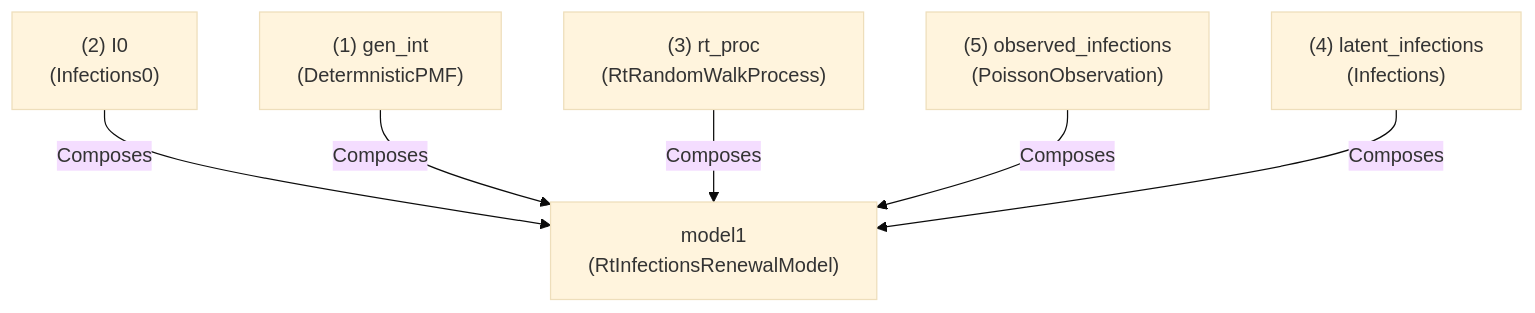
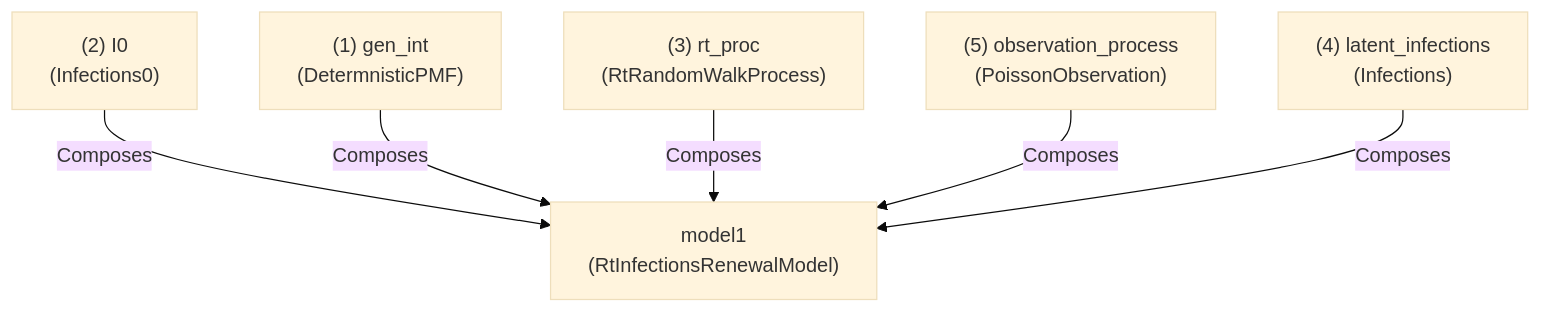
The first of 2 diagrams in model/docs/getting-started.md (CDCgov/PyRenew), drawn with Mermaid (base theme) before and after one commit. The commit also changed other lines of this file and 16 other files, not shown here.

````diff
--- a/model/docs/getting-started.md
+++ b/model/docs/getting-started.md
@@ -111,16 +111,16 @@
 ``` mermaid
 flowchart TB
     genint["(1) gen_int\n(DetermnisticPMF)"]
     i0["(2) I0\n(Infections0)"]
     rt["(3) rt_proc\n(RtRandomWalkProcess)"]
     inf["(4) latent_infections\n(Infections)"]
-    obs["(5) observed_infections\n(PoissonObservation)"]
+    obs["(5) observation_process\n(PoissonObservation)"]
 
     model1["model1\n(RtInfectionsRenewalModel)"]
 
     i0-->|Composes|model1
     genint-->|Composes|model1
     rt-->|Composes|model1
     obs-->|Composes|model1
     inf-->|Composes|model1
 ```
````
